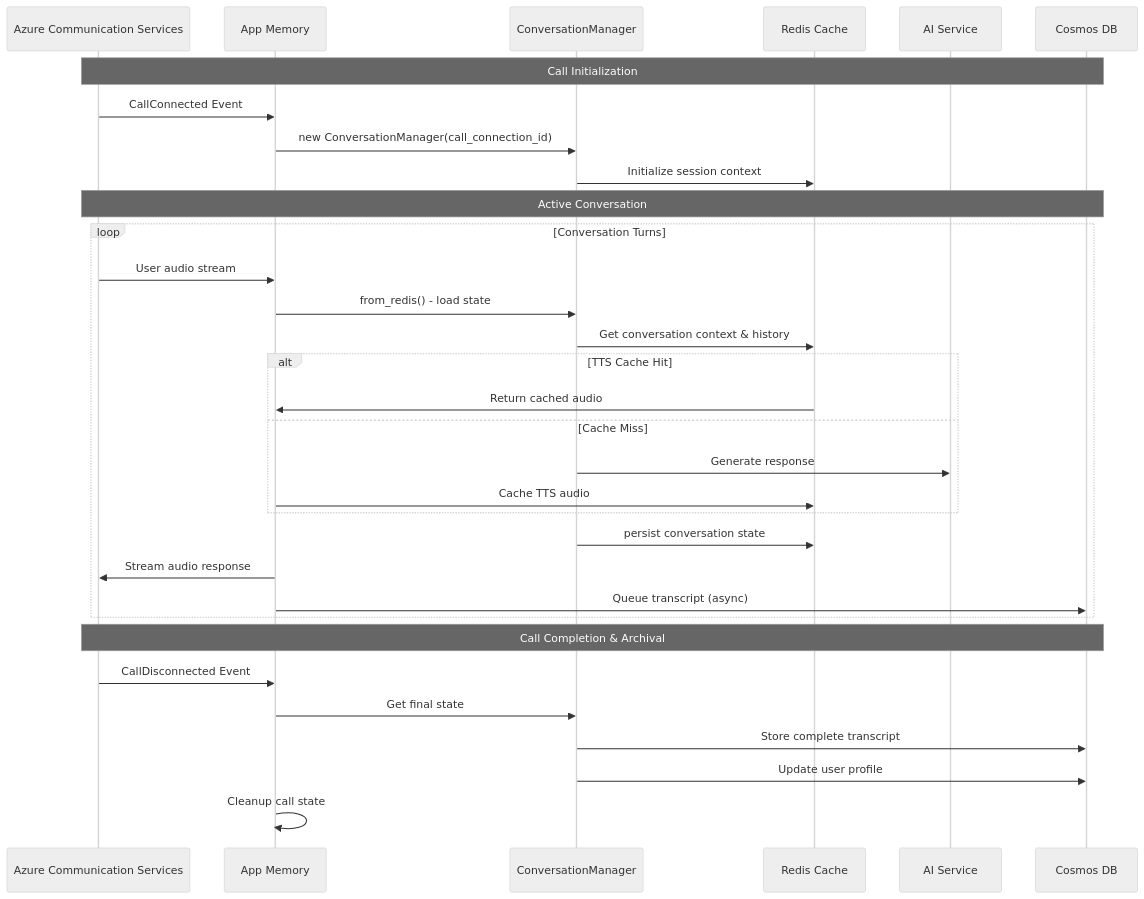
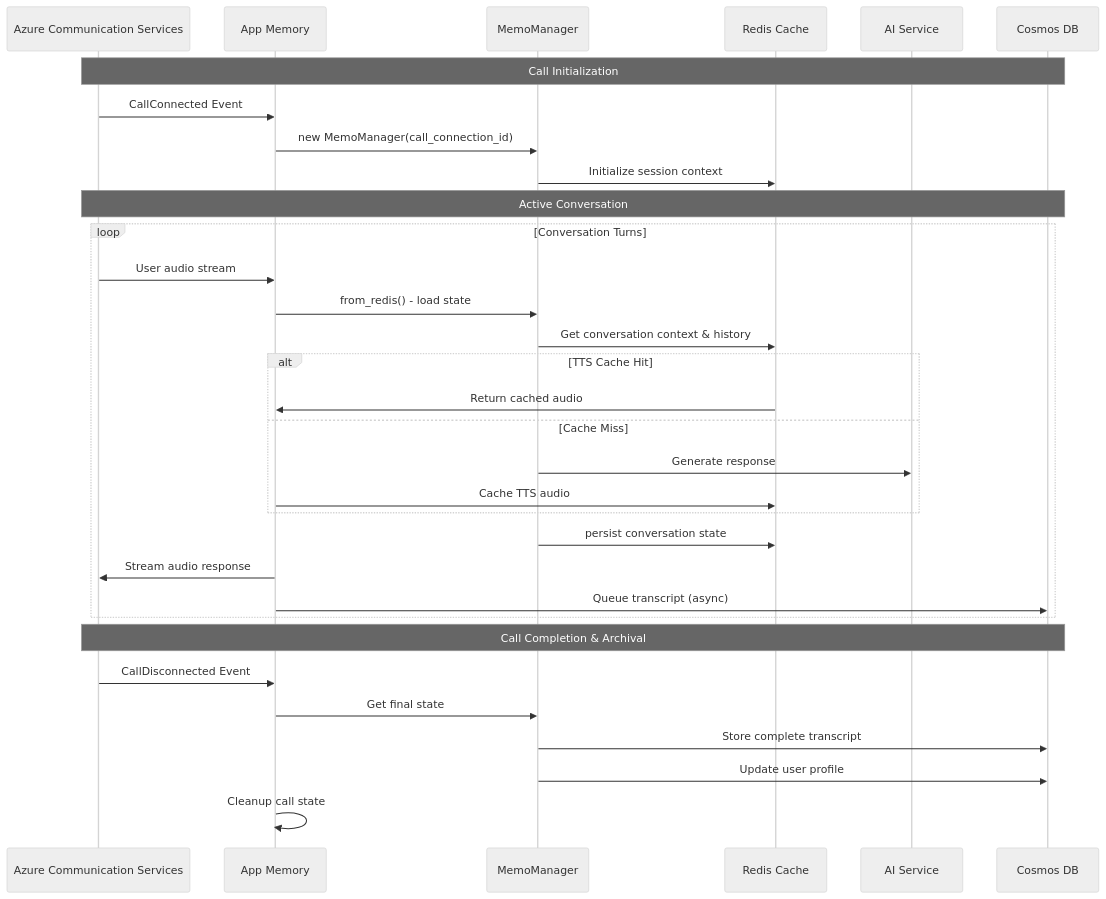
The second of 2 diagrams in docs/DataArchitecture.md (glavman/art-voice-agent-accelerator), drawn with Mermaid (neutral theme) before and after one commit. The commit also changed other lines of this file and 511 other files, not shown here.

````diff
--- a/docs/DataArchitecture.md
+++ b/docs/DataArchitecture.md
@@ -140,39 +140,39 @@
 ```mermaid
 sequenceDiagram
     participant ACS as Azure Communication Services
     participant Memory as App Memory
-    participant CM as ConversationManager
+    participant CM as MemoManager
     participant Redis as Redis Cache
     participant AI as AI Service
     participant Cosmos as Cosmos DB
     
     Note over ACS,Cosmos: Call Initialization
     ACS->>Memory: CallConnected Event
-    Memory->>CM: new ConversationManager(call_connection_id)
+    Memory->>CM: new MemoManager(call_connection_id)
     CM->>Redis: Initialize session context
     
     Note over ACS,Cosmos: Active Conversation
     loop Conversation Turns
         ACS->>Memory: User audio stream
         Memory->>CM: from_redis() - load state
         CM->>Redis: Get conversation context & history
         
         alt TTS Cache Hit
             Redis->>Memory: Return cached audio
         else Cache Miss
             CM->>AI: Generate response
             Memory->>Redis: Cache TTS audio
         end
         
         CM->>Redis: persist conversation state
         Memory->>ACS: Stream audio response
         Memory->>Cosmos: Queue transcript (async)
     end
     
     Note over ACS,Cosmos: Call Completion & Archival
     ACS->>Memory: CallDisconnected Event
     Memory->>CM: Get final state
     CM->>Cosmos: Store complete transcript
     CM->>Cosmos: Update user profile
     Memory->>Memory: Cleanup call state
 ```
````
